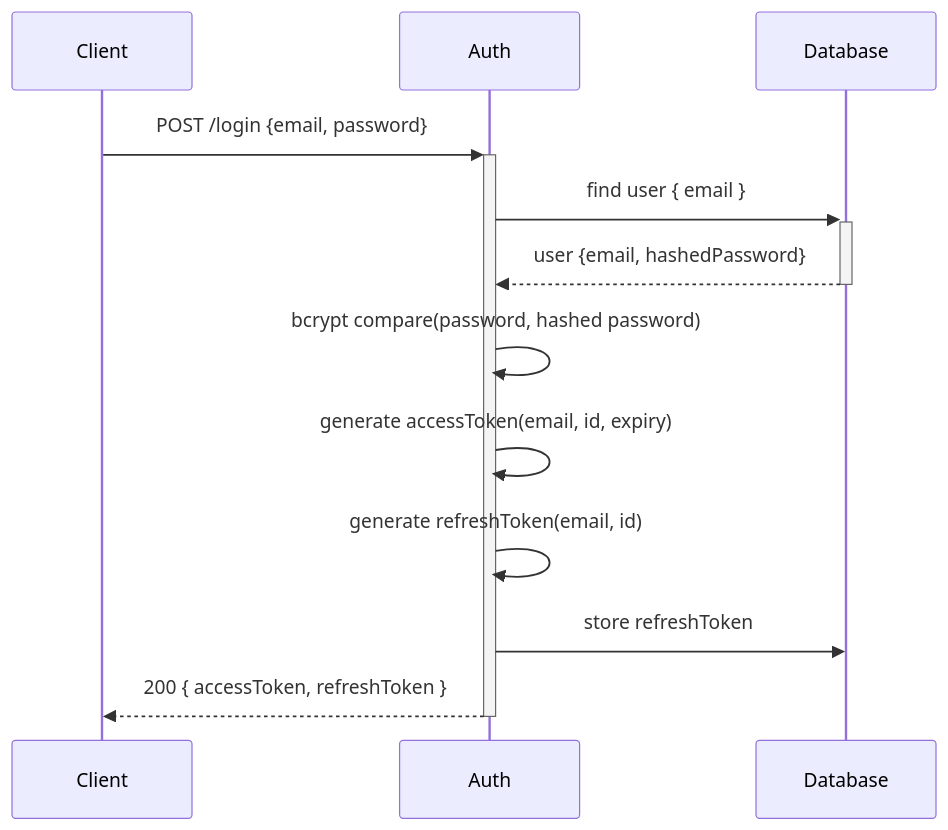
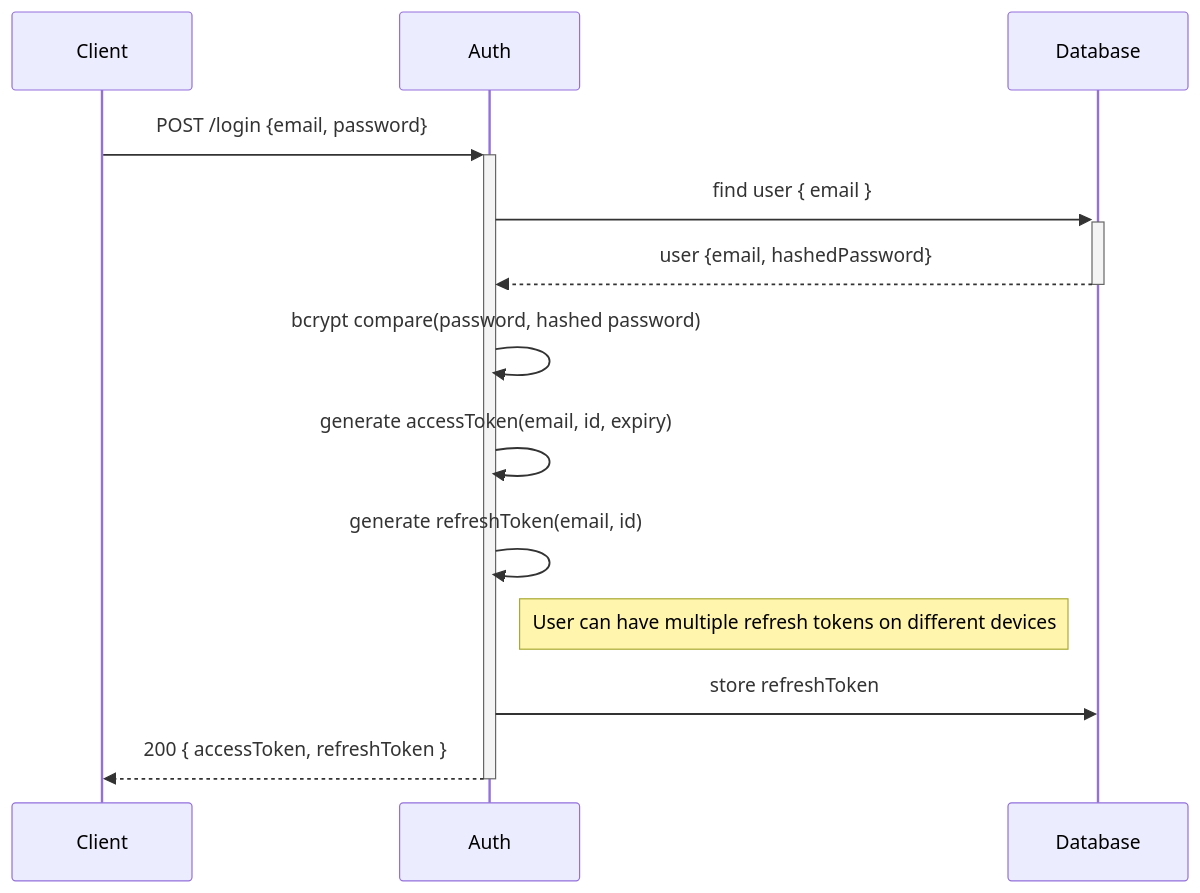
Before and after one commit to billhails/MetaData: the second of 6 diagrams in auth.md, drawn with Mermaid. The commit also changed other lines of this file and 1 other file, not shown here.

````diff
--- a/auth.md
+++ b/auth.md
@@ -22,15 +22,16 @@
 ```mermaid
 sequenceDiagram
 participant Client
 participant Auth
 participant Database
 
 Client->>+Auth: POST /login {email, password}
     Auth->>+Database: find user { email }
     Database-->>-Auth: user {email, hashedPassword}
     Auth->>Auth: bcrypt compare(password, hashed password)
     Auth->>Auth: generate accessToken(email, id, expiry)
     Auth->>Auth: generate refreshToken(email, id)
+    Note right of Auth: User can have multiple refresh tokens on different devices
     Auth->>Database: store refreshToken
 Auth-->>-Client: 200 { accessToken, refreshToken }
 ```
````
